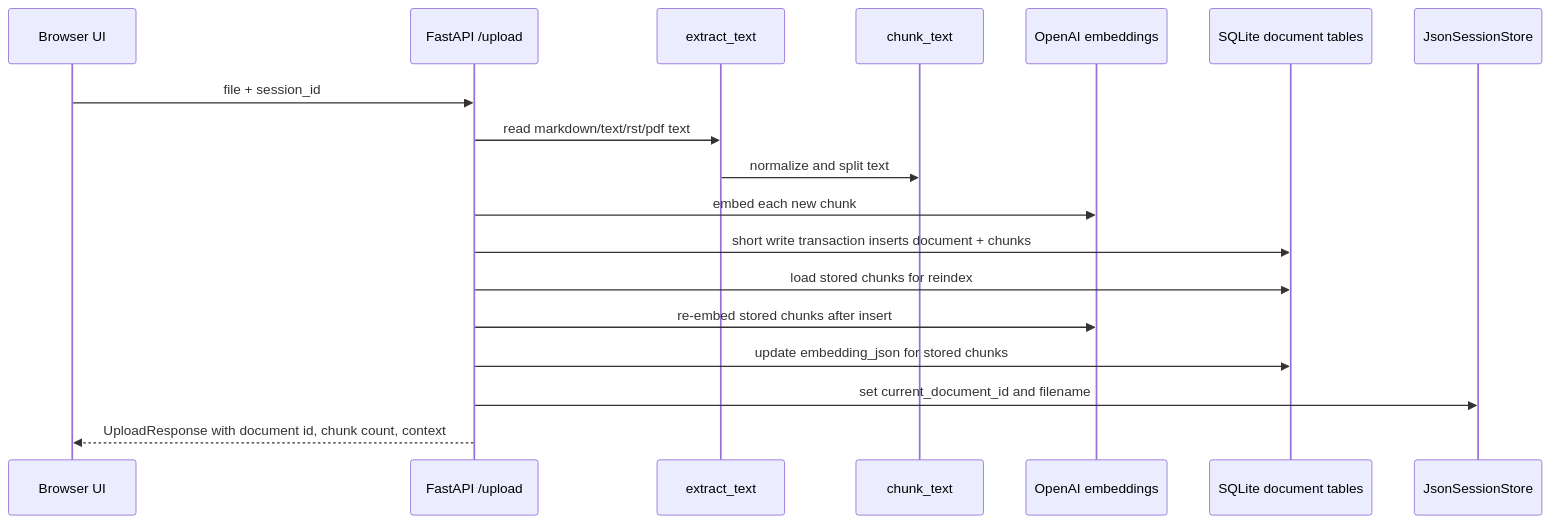
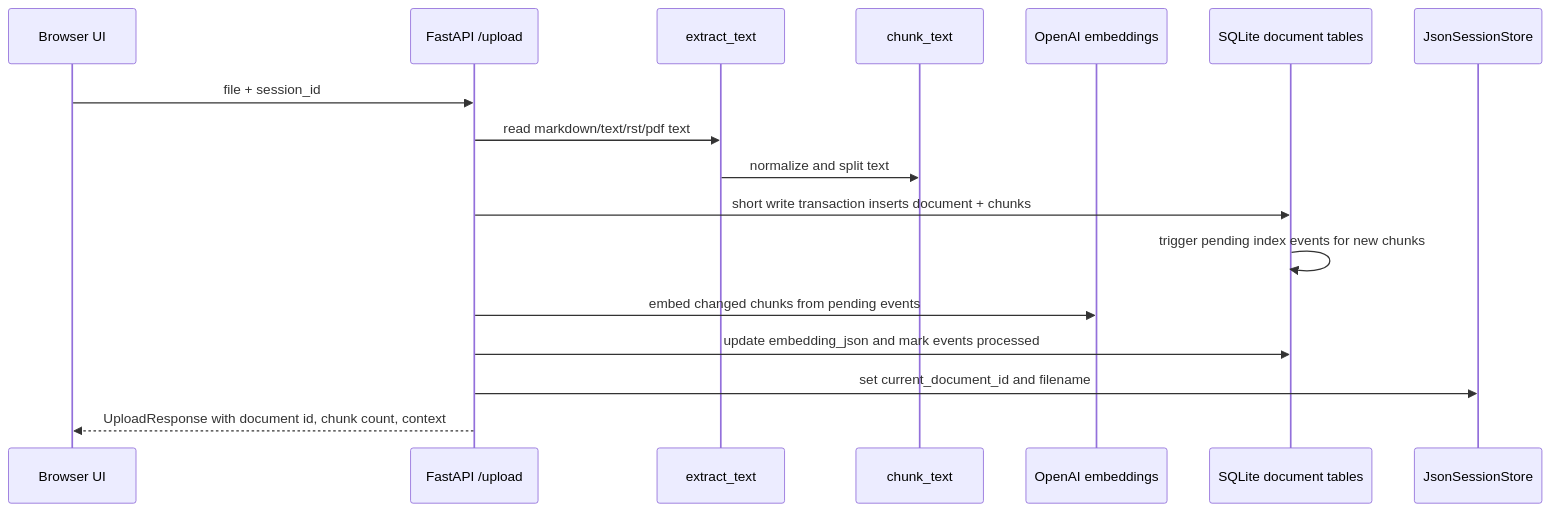
One commit to xlu-agentic-systems/agentic-system-lab changed the first of 2 diagrams in docs/project4_rag_pipeline.md. Above: the diagram before and after it, drawn with Mermaid. The commit also changed other lines of this file and 9 other files, not shown here.

````diff
--- a/docs/project4_rag_pipeline.md
+++ b/docs/project4_rag_pipeline.md
@@ -57,21 +57,20 @@
 ```mermaid
 sequenceDiagram
     participant UI as Browser UI
     participant API as FastAPI /upload
     participant Extract as extract_text
     participant Chunk as chunk_text
     participant Embed as OpenAI embeddings
     participant DB as SQLite document tables
     participant Session as JsonSessionStore
 
     UI->>API: file + session_id
     API->>Extract: read markdown/text/rst/pdf text
     Extract->>Chunk: normalize and split text
-    API->>Embed: embed each new chunk
     API->>DB: short write transaction inserts document + chunks
-    API->>DB: load stored chunks for reindex
-    API->>Embed: re-embed stored chunks after insert
-    API->>DB: update embedding_json for stored chunks
+    DB->>DB: trigger pending index events for new chunks
+    API->>Embed: embed changed chunks from pending events
+    API->>DB: update embedding_json and mark events processed
     API->>Session: set current_document_id and filename
     API-->>UI: UploadResponse with document id, chunk count, context
 ```
````
